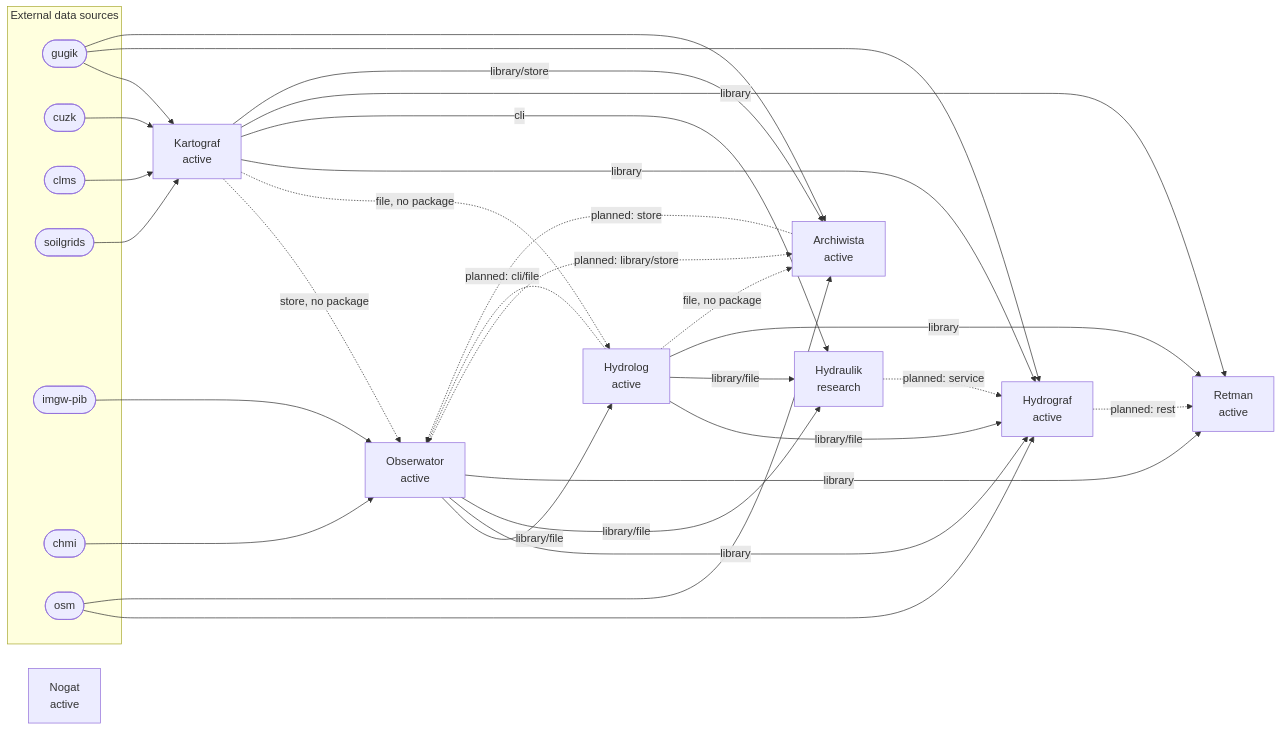
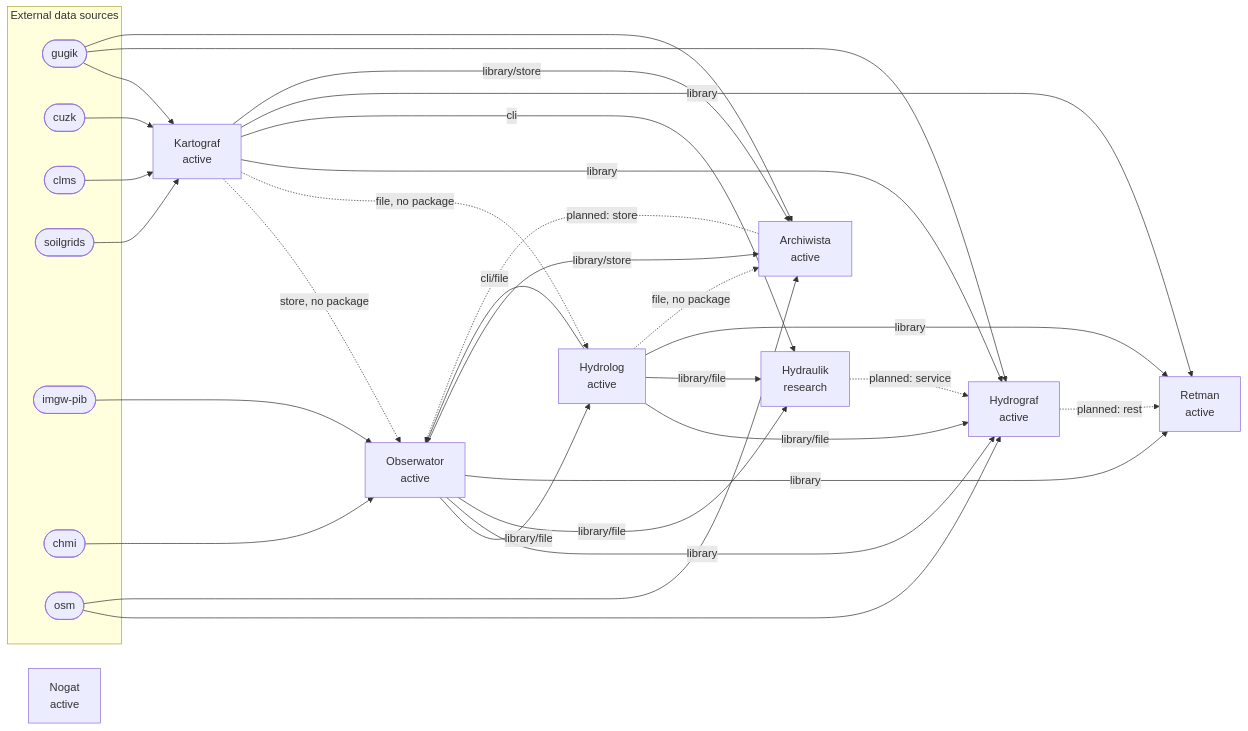
Before and after one commit to Daldek/Nogat: the diagram in docs/ECOSYSTEM_MAP.md, drawn with Mermaid. The commit also changed other lines of this file and 2 other files, not shown here.

First line of the commit message:
docs(registry): Obserwator's raw and data roots, stored analyses and active edges

````diff
--- a/docs/ECOSYSTEM_MAP.md
+++ b/docs/ECOSYSTEM_MAP.md
@@ -15,49 +15,49 @@
 ```mermaid
 flowchart LR
   Nogat["Nogat<br/>active"]
   Kartograf["Kartograf<br/>active"]
   Obserwator["Obserwator<br/>active"]
   Hydrolog["Hydrolog<br/>active"]
   Hydrograf["Hydrograf<br/>active"]
   Hydraulik["Hydraulik<br/>research"]
   Retman["Retman<br/>active"]
   Archiwista["Archiwista<br/>active"]
   subgraph external[External data sources]
     src_gugik(["gugik"])
     src_cuzk(["cuzk"])
     src_clms(["clms"])
     src_soilgrids(["soilgrids"])
     src_imgw_pib(["imgw-pib"])
     src_chmi(["chmi"])
     src_osm(["osm"])
   end
   src_gugik --> Kartograf
   src_cuzk --> Kartograf
   src_clms --> Kartograf
   src_soilgrids --> Kartograf
   src_imgw_pib --> Obserwator
   src_chmi --> Obserwator
   src_gugik --> Hydrograf
   src_osm --> Hydrograf
   src_gugik --> Archiwista
   src_osm --> Archiwista
   Kartograf -. store, no package .-> Obserwator
   Archiwista -. planned: store .-> Obserwator
-  Hydrolog -. planned: cli/file .-> Obserwator
+  Hydrolog -- cli/file --> Obserwator
   Obserwator -- library/file --> Hydrolog
   Kartograf -. file, no package .-> Hydrolog
   Kartograf -- library --> Hydrograf
   Hydrolog -- library/file --> Hydrograf
   Obserwator -- library --> Hydrograf
   Hydraulik -. planned: service .-> Hydrograf
   Kartograf -- cli --> Hydraulik
   Obserwator -- library/file --> Hydraulik
   Hydrolog -- library/file --> Hydraulik
   Kartograf -- library --> Retman
   Obserwator -- library --> Retman
   Hydrolog -- library --> Retman
   Hydrograf -. planned: rest .-> Retman
   Kartograf -- library/store --> Archiwista
-  Obserwator -. planned: library/store .-> Archiwista
+  Obserwator -- library/store --> Archiwista
   Hydrolog -. file, no package .-> Archiwista
 ```
````
